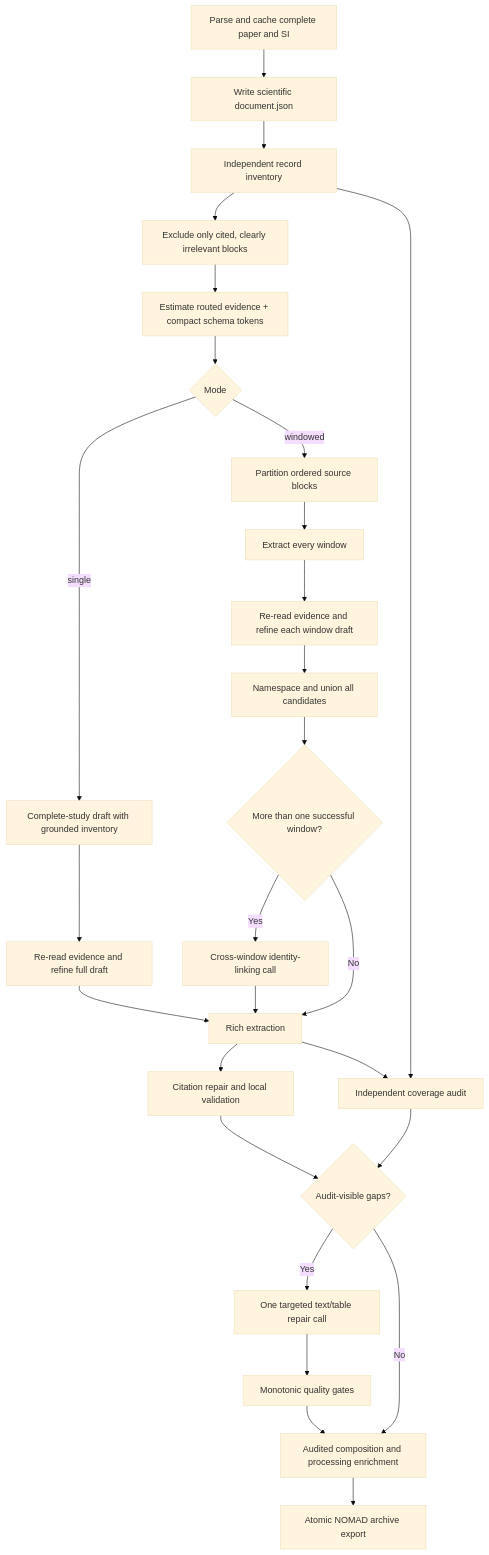
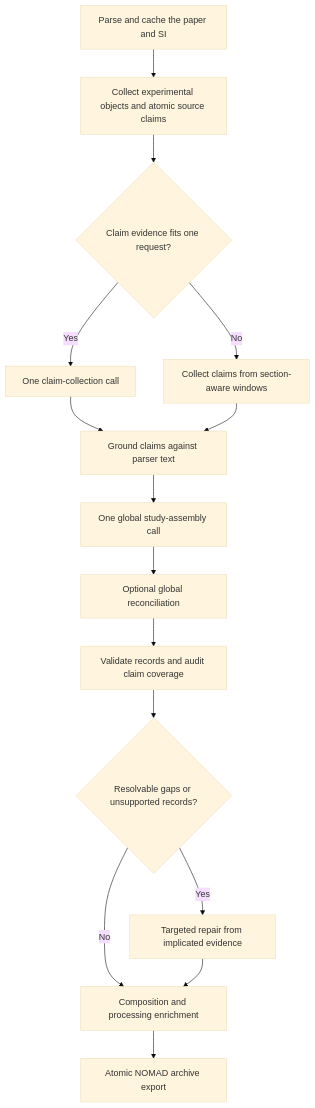
The diagram in docs/workflows/extraction.md (lamalab-org/perla-extract), drawn with Mermaid (base theme) before and after one commit. The commit also changed other lines of this file and 28 other files, not shown here.

Commit message:
refactor: assemble studies from source claims

````diff
--- a/docs/workflows/extraction.md
+++ b/docs/workflows/extraction.md
@@ -11,29 +10,17 @@
 ```mermaid
 flowchart TD
-    A["Parse and cache complete paper and SI"] --> B["Write scientific document.json"]
-    B --> C0["Independent record inventory"]
-    C0 --> C1["Exclude only cited, clearly irrelevant blocks"]
-    C1 --> C["Estimate routed evidence + compact schema tokens"]
-    C --> D{"Mode"}
-    D -->|single| E["Complete-study draft with grounded inventory"]
-    D -->|windowed| F["Partition ordered source blocks"]
-    F --> G["Extract every window"]
-    E --> E2["Re-read evidence and refine full draft"]
-    G --> G2["Re-read evidence and refine each window draft"]
-    G2 --> H["Namespace and union all candidates"]
-    H --> I{"More than one successful window?"}
-    I -->|Yes| J["Cross-window identity-linking call"]
-    I -->|No| K["Rich extraction"]
-    J --> K
-    E2 --> K
-    K --> L["Citation repair and local validation"]
-    C0 --> N["Independent coverage audit"]
-    K --> N
-    L --> R{"Audit-visible gaps?"}
-    N --> R
-    R -->|Yes| T["One targeted text/table repair call"]
-    R -->|No| O["Audited composition and processing enrichment"]
-    T --> U["Monotonic quality gates"]
-    U --> O
-    O --> M["Atomic NOMAD archive export"]
+    A["Parse and cache the paper and SI"] --> B["Collect experimental objects and atomic source claims"]
+    B --> C{"Claim evidence fits one request?"}
+    C -->|Yes| D["One claim-collection call"]
+    C -->|No| E["Collect claims from section-aware windows"]
+    D --> F["Ground claims against parser text"]
+    E --> F
+    F --> G["One global study-assembly call"]
+    G --> H["Optional global reconciliation"]
+    H --> I["Validate records and audit claim coverage"]
+    I --> J{"Resolvable gaps or unsupported records?"}
+    J -->|Yes| K["Targeted repair from implicated evidence"]
+    J -->|No| L["Composition and processing enrichment"]
+    K --> L
+    L --> M["Atomic NOMAD archive export"]
 ```
````
